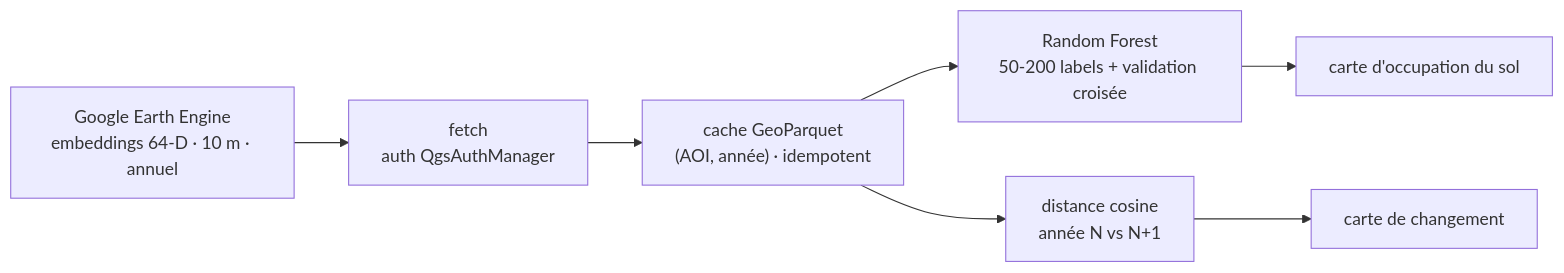
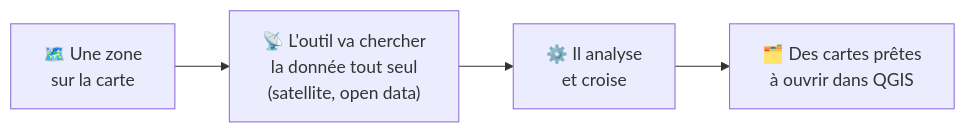
The diagram in README.md (BastienLebrou/portefolio_project), drawn with Mermaid before and after one commit. The commit also changed other lines of this file, not shown here.

````diff
--- a/README.md
+++ b/README.md
@@ -152,9 +89,6 @@
 ```mermaid
 flowchart LR
-    A["Google Earth Engine<br/>embeddings 64-D · 10 m · annuel"] --> B["fetch<br/>auth QgsAuthManager"]
-    B --> C["cache GeoParquet<br/>(AOI, année) · idempotent"]
-    C --> D1["Random Forest<br/>50-200 labels + validation croisée"]
-    C --> D2["distance cosine<br/>année N vs N+1"]
-    D1 --> E["carte d'occupation du sol"]
-    D2 --> F["carte de changement"]
+    A["🗺️ Une zone<br/>sur la carte"] --> B["📡 L'outil va chercher<br/>la donnée tout seul<br/>(satellite, open data)"]
+    B --> C["⚙️ Il analyse<br/>et croise"]
+    C --> D["🗂️ Des cartes prêtes<br/>à ouvrir dans QGIS"]
 ```
````
